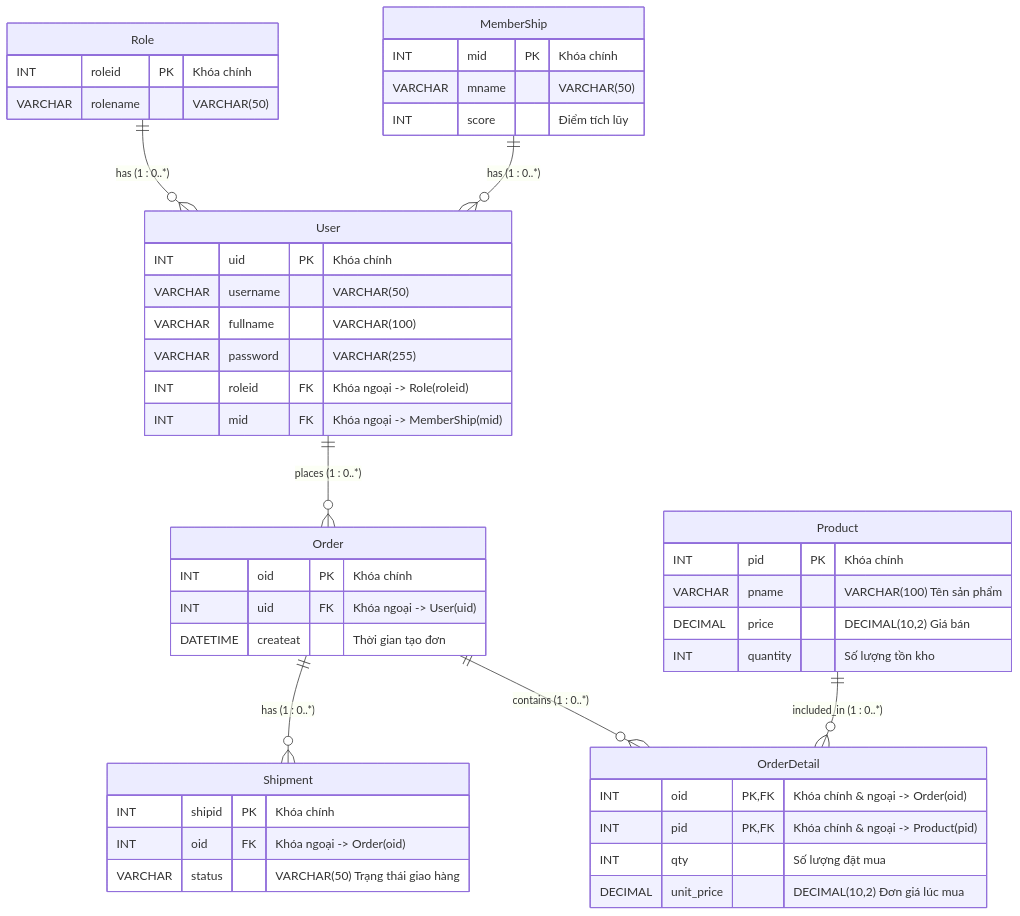
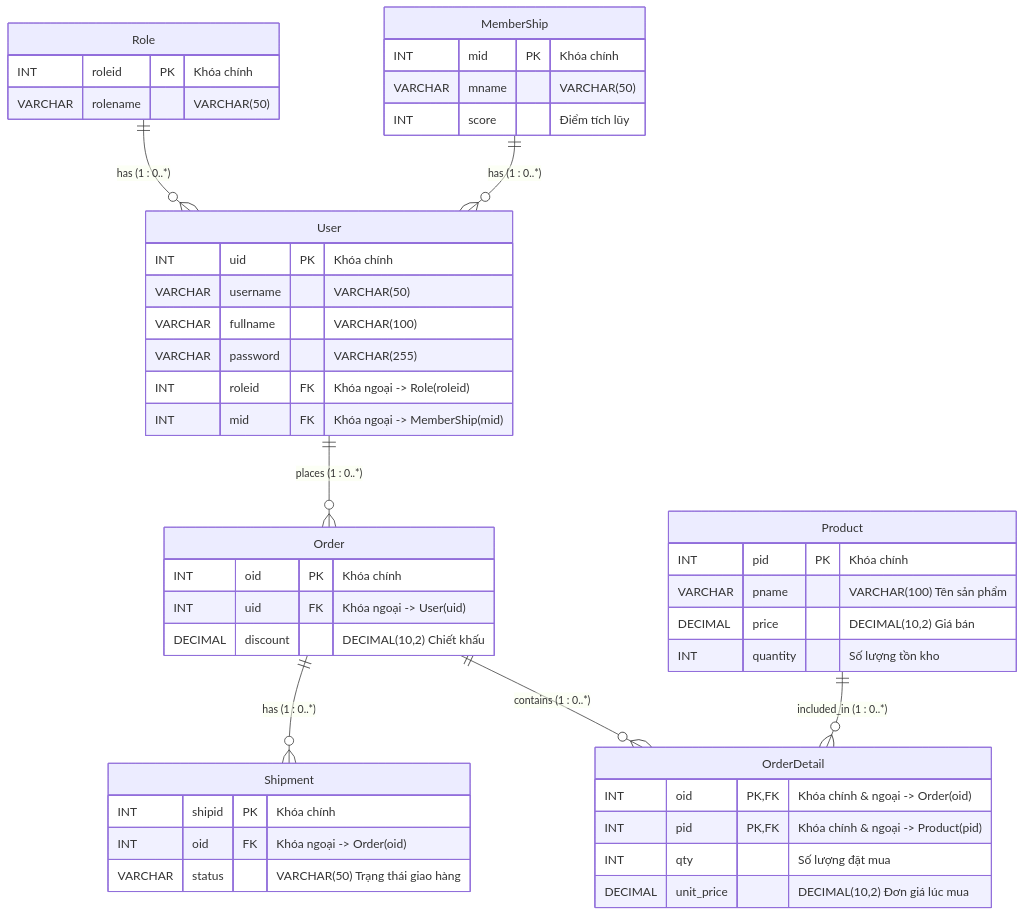
Before and after one commit to tranbichthuan1103-dev/ecommerce-microservices: the diagram in docs/ERD.md, drawn with Mermaid. The commit also changed other lines of this file and 22 other files, not shown here.

````diff
--- a/docs/ERD.md
+++ b/docs/ERD.md
@@ -9,55 +9,55 @@
 ```mermaid
 erDiagram
     Role ||--o{ User : "has (1 : 0..*)"
     MemberShip ||--o{ User : "has (1 : 0..*)"
     User ||--o{ Order : "places (1 : 0..*)"
     Order ||--o{ Shipment : "has (1 : 0..*)"
     Order ||--o{ OrderDetail : "contains (1 : 0..*)"
     Product ||--o{ OrderDetail : "included_in (1 : 0..*)"
 
     Role {
         INT roleid PK "Khóa chính"
         VARCHAR rolename "VARCHAR(50)"
     }
 
     MemberShip {
         INT mid PK "Khóa chính"
         VARCHAR mname "VARCHAR(50)"
         INT score "Điểm tích lũy"
     }
 
     User {
         INT uid PK "Khóa chính"
         VARCHAR username "VARCHAR(50)"
         VARCHAR fullname "VARCHAR(100)"
         VARCHAR password "VARCHAR(255)"
         INT roleid FK "Khóa ngoại -> Role(roleid)"
         INT mid FK "Khóa ngoại -> MemberShip(mid)"
     }
 
     Order {
         INT oid PK "Khóa chính"
         INT uid FK "Khóa ngoại -> User(uid)"
-        DATETIME createat "Thời gian tạo đơn"
+        DECIMAL discount "DECIMAL(10,2) Chiết khấu"
     }
 
     Shipment {
         INT shipid PK "Khóa chính"
         INT oid FK "Khóa ngoại -> Order(oid)"
         VARCHAR status "VARCHAR(50) Trạng thái giao hàng"
     }
 
     Product {
         INT pid PK "Khóa chính"
         VARCHAR pname "VARCHAR(100) Tên sản phẩm"
         DECIMAL price "DECIMAL(10,2) Giá bán"
         INT quantity "Số lượng tồn kho"
     }
 
     OrderDetail {
         INT oid PK, FK "Khóa chính & ngoại -> Order(oid)"
         INT pid PK, FK "Khóa chính & ngoại -> Product(pid)"
         INT qty "Số lượng đặt mua"
         DECIMAL unit_price "DECIMAL(10,2) Đơn giá lúc mua"
     }
 ```
````
